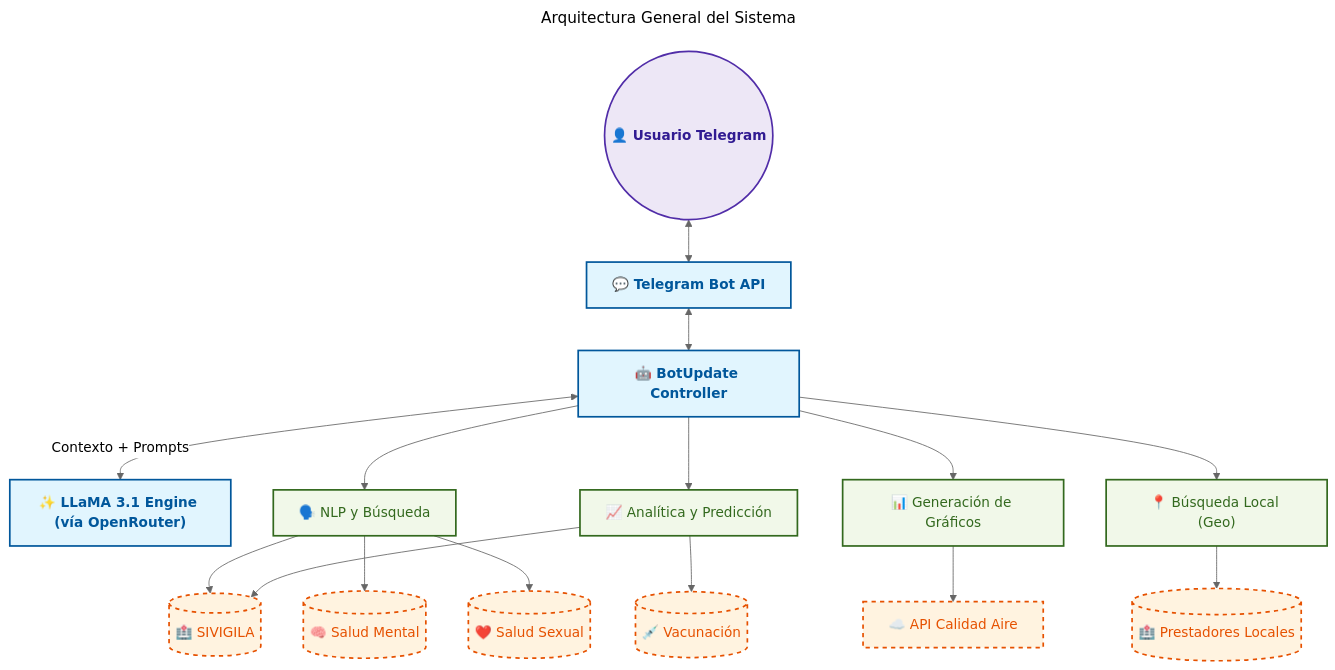
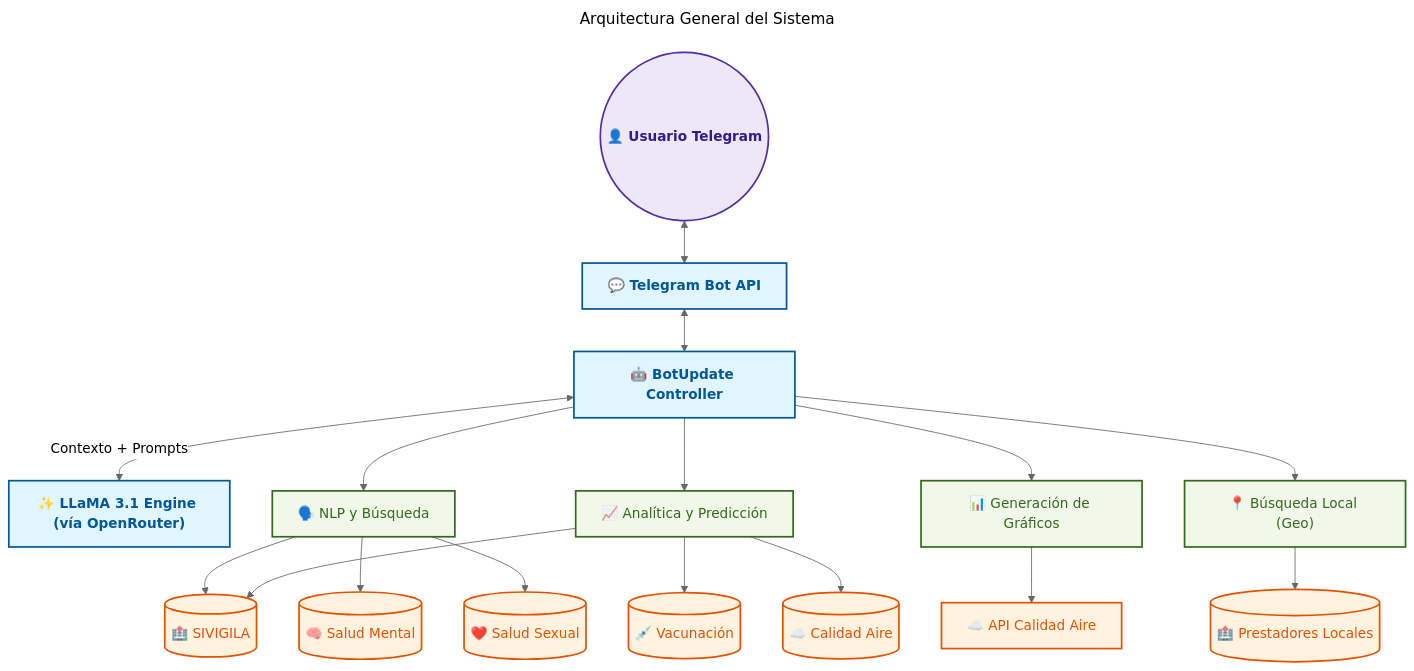
The second of 2 diagrams in README.md (RubenDarioGuerreroNeira/Ecosistema-IA-Colombia), drawn with Mermaid (neutral theme) before and after one commit. The commit also changed other lines of this file and 10 other files, not shown here.

````diff
--- a/README.md
+++ b/README.md
@@ -89,29 +96,30 @@
 ```mermaid
 ---
 title: Arquitectura General del Sistema
 ---
 flowchart TD
     classDef core fill:#e1f5fe,stroke:#01579b,stroke-width:2px,color:#01579b,font-weight:bold
     classDef logic fill:#f1f8e9,stroke:#33691e,stroke-width:2px,color:#33691e
-    classDef data fill:#fff3e0,stroke:#e65100,stroke-width:2px,color:#e65100,stroke-dasharray: 5 5
+    classDef data fill:#fff3e0,stroke:#e65100,stroke-width:2px,color:#e65100
     classDef user fill:#ede7f6,stroke:#512da8,stroke-width:2px,color:#311b92,font-weight:bold
 
     User(("👤 Usuario Telegram")):::user <--> Telegram["💬 Telegram Bot API"]:::core
     Telegram <--> Bot["🤖 BotUpdate Controller"]:::core
     Bot <-->|Contexto + Prompts| AI["✨ LLaMA 3.1 Engine (vía OpenRouter)"]:::core
 
     Bot --> NLP["🗣️ NLP y Búsqueda"]:::logic
     Bot --> Stats["📈 Analítica y Predicción"]:::logic
     Bot --> Charts["📊 Generación de Gráficos"]:::logic
     Bot --> Geo["📍 Búsqueda Local (Geo)"]:::logic
 
     NLP --> SIVIGILA[("🏥 SIVIGILA")]:::data
     NLP --> Mental[("🧠 Salud Mental")]:::data
     NLP --> Sexual[("❤️ Salud Sexual")]:::data
-    
+
     Stats --> SIVIGILA
     Stats --> PAI[("💉 Vacunación")]:::data
-    
+    Stats --> AirQuality[("☁️ Calidad Aire")]:::data
+
     Charts --> Air["☁️ API Calidad Aire"]:::data
     Geo --> Local[("🏥 Prestadores Locales")]:::data
 ```
````
